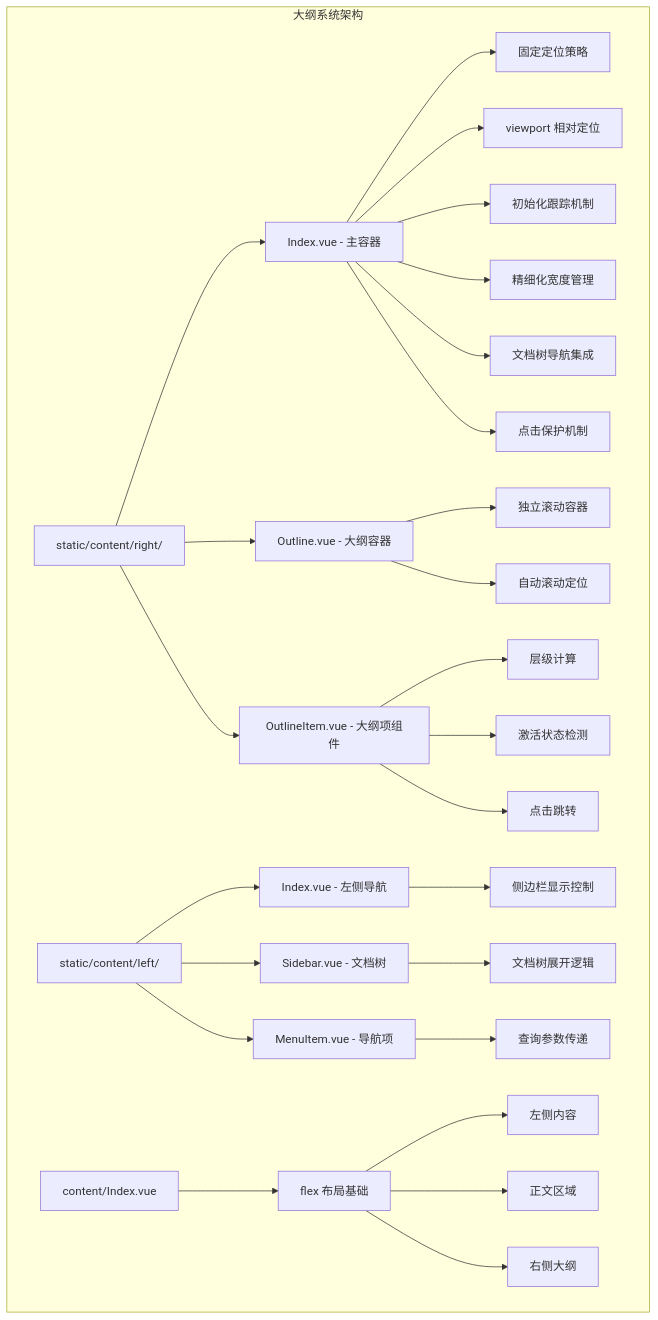
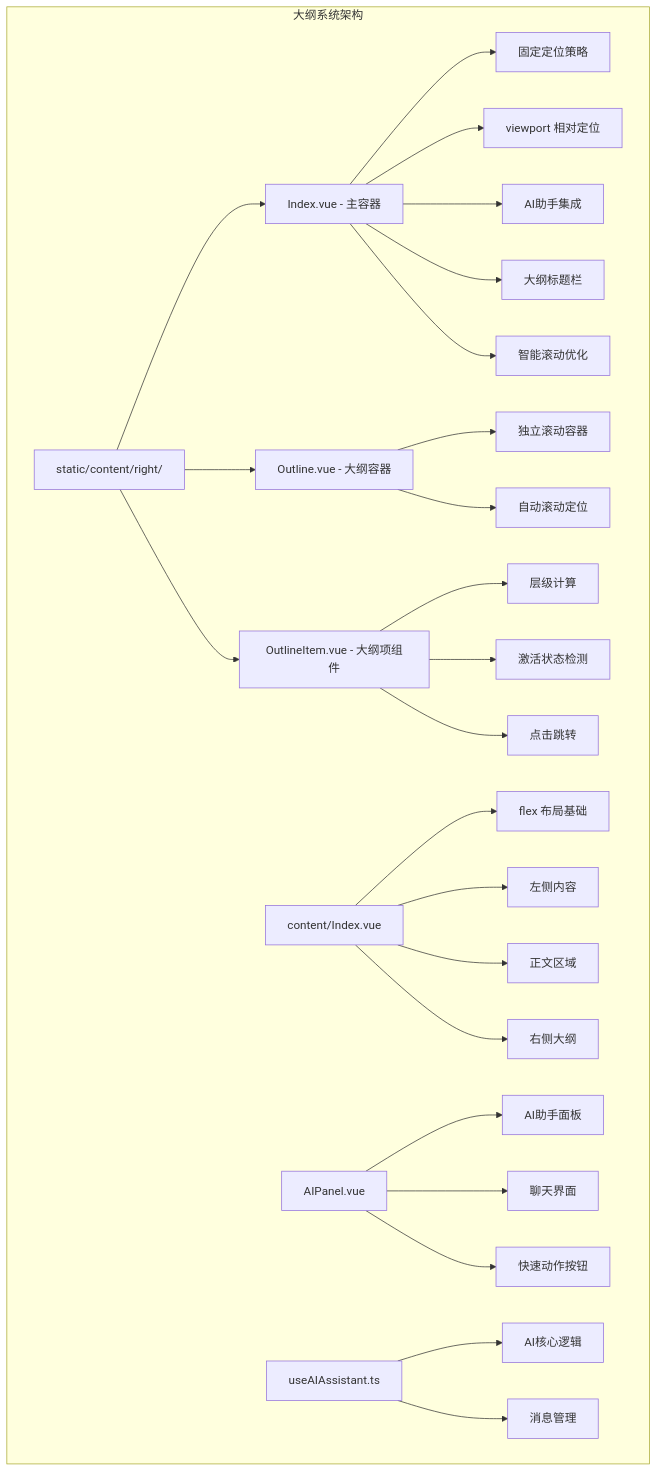
One commit to terwer/siyuan-plugin-blog changed the first of 9 diagrams in .qoder/repowiki/zh/content/Outline System.md. Above: the diagram before and after it, drawn with Mermaid. The commit also changed other lines of this file and 31 other files, not shown here.

````diff
--- a/.qoder/repowiki/zh/content/Outline System.md
+++ b/.qoder/repowiki/zh/content/Outline System.md
@@ -62,29 +65,27 @@
 ```mermaid
 graph TB
 subgraph "大纲系统架构"
 A[static/content/right/] --> B[Index.vue - 主容器]
 A --> C[Outline.vue - 大纲容器]
 A --> D[OutlineItem.vue - 大纲项组件]
-E[static/content/left/] --> F[Index.vue - 左侧导航]
-E --> G[Sidebar.vue - 文档树]
-E --> H[MenuItem.vue - 导航项]
-B --> I[固定定位策略]
-B --> J[viewport 相对定位]
-B --> K[初始化跟踪机制]
-B --> L[精细化宽度管理]
-B --> M[文档树导航集成]
-B --> N[点击保护机制]
-C --> O[独立滚动容器]
-C --> P[自动滚动定位]
-D --> Q[层级计算]
-D --> R[激活状态检测]
-D --> S[点击跳转]
-F --> T[侧边栏显示控制]
-G --> U[文档树展开逻辑]
-H --> V[查询参数传递]
-W[content/Index.vue] --> X[flex 布局基础]
-X --> Y[左侧内容]
-X --> Z[正文区域]
-X --> AA[右侧大纲]
+B --> E[固定定位策略]
+B --> F[viewport 相对定位]
+B --> G[AI助手集成]
+B --> H[大纲标题栏]
+B --> I[智能滚动优化]
+C --> J[独立滚动容器]
+C --> K[自动滚动定位]
+D --> L[层级计算]
+D --> M[激活状态检测]
+D --> N[点击跳转]
+O[content/Index.vue] --> P[flex 布局基础]
+O --> Q[左侧内容]
+O --> R[正文区域]
+O --> S[右侧大纲]
+T[AIPanel.vue] --> U[AI助手面板]
+T --> V[聊天界面]
+T --> W[快速动作按钮]
+X[useAIAssistant.ts] --> Y[AI核心逻辑]
+X --> Z[消息管理]
 end
 ```
````
